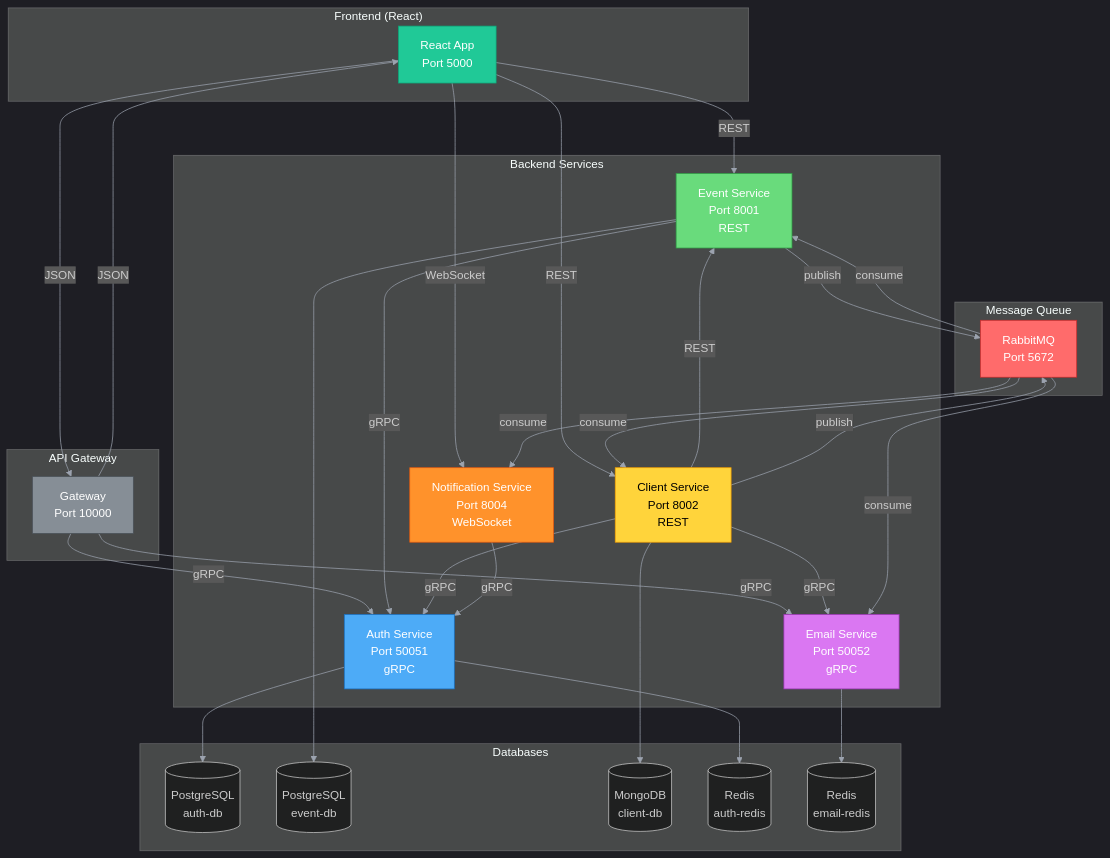
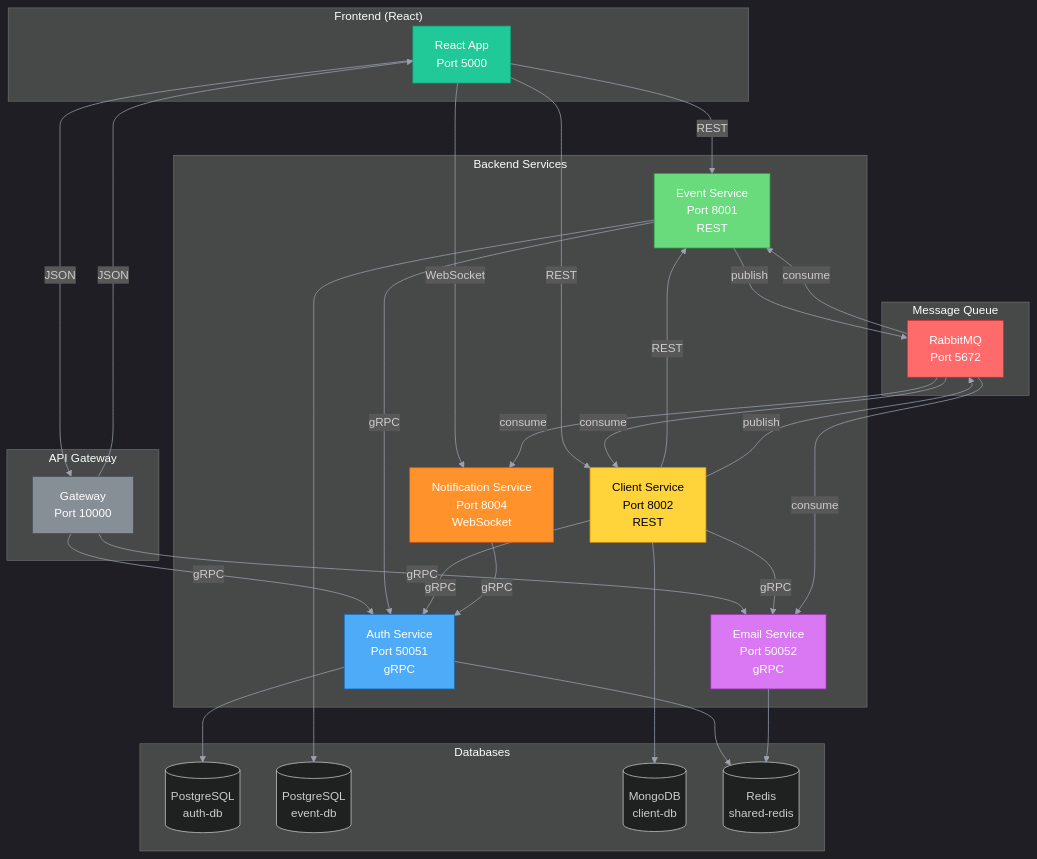
One commit to asaft29/SweatFindr changed the diagram in README.md. Above: the diagram before and after it, drawn with Mermaid. The commit also changed 24 other files, not shown here.

````diff
--- a/README.md
+++ b/README.md
@@ -3,68 +3,67 @@
 ```mermaid
 %%{init: {'theme': 'dark', 'themeVariables': { 'primaryColor': '#1f2937', 'primaryTextColor': '#fff', 'primaryBorderColor': '#4b5563', 'lineColor': '#9ca3af', 'secondaryColor': '#374151', 'tertiaryColor': '#1f2937', 'background': '#000000'}}}%%
 flowchart TB
     subgraph Frontend["Frontend (React)"]
         FE[React App<br/>Port 5000]
     end
 
     subgraph Gateway["API Gateway"]
         GW[Gateway<br/>Port 10000]
     end
 
     subgraph Services["Backend Services"]
         AUTH[Auth Service<br/>Port 50051<br/>gRPC]
         EVENT[Event Service<br/>Port 8001<br/>REST]
         CLIENT[Client Service<br/>Port 8002<br/>REST]
         EMAIL[Email Service<br/>Port 50052<br/>gRPC]
         NOTIF[Notification Service<br/>Port 8004<br/>WebSocket]
     end
 
     subgraph MessageQueue["Message Queue"]
         RMQ[RabbitMQ<br/>Port 5672]
     end
 
     subgraph Databases["Databases"]
         AUTH_DB[(PostgreSQL<br/>auth-db)]
         EVENT_DB[(PostgreSQL<br/>event-db)]
         CLIENT_DB[(MongoDB<br/>client-db)]
-        AUTH_REDIS[(Redis<br/>auth-redis)]
-        EMAIL_REDIS[(Redis<br/>email-redis)]
+        SHARED_REDIS[(Redis<br/>shared-redis)]
     end
 
     FE -->|JSON| GW
     GW -->|gRPC| AUTH
     GW -->|gRPC| EMAIL
     GW -->|JSON| FE
 
     FE -->|REST| EVENT
     FE -->|REST| CLIENT
     FE -->|WebSocket| NOTIF
 
     EVENT -->|gRPC| AUTH
     CLIENT -->|gRPC| AUTH
     CLIENT -->|gRPC| EMAIL
     CLIENT -->|REST| EVENT
     NOTIF -->|gRPC| AUTH
 
     CLIENT -->|publish| RMQ
     RMQ -->|consume| EVENT
     EVENT -->|publish| RMQ
     RMQ -->|consume| CLIENT
     RMQ -->|consume| EMAIL
     RMQ -->|consume| NOTIF
 
     AUTH --> AUTH_DB
-    AUTH --> AUTH_REDIS
+    AUTH --> SHARED_REDIS
     EVENT --> EVENT_DB
     CLIENT --> CLIENT_DB
-    EMAIL --> EMAIL_REDIS
+    EMAIL --> SHARED_REDIS
 
     style RMQ fill:#ff6b6b,stroke:#c92a2a,color:#fff
     style AUTH fill:#4dabf7,stroke:#1971c2,color:#fff
     style EVENT fill:#69db7c,stroke:#2f9e44,color:#fff
     style CLIENT fill:#ffd43b,stroke:#f59f00,color:#000
     style EMAIL fill:#da77f2,stroke:#9c36b5,color:#fff
     style NOTIF fill:#ff922b,stroke:#e8590c,color:#fff
     style GW fill:#868e96,stroke:#495057,color:#fff
     style FE fill:#20c997,stroke:#0ca678,color:#fff
 ```
````
